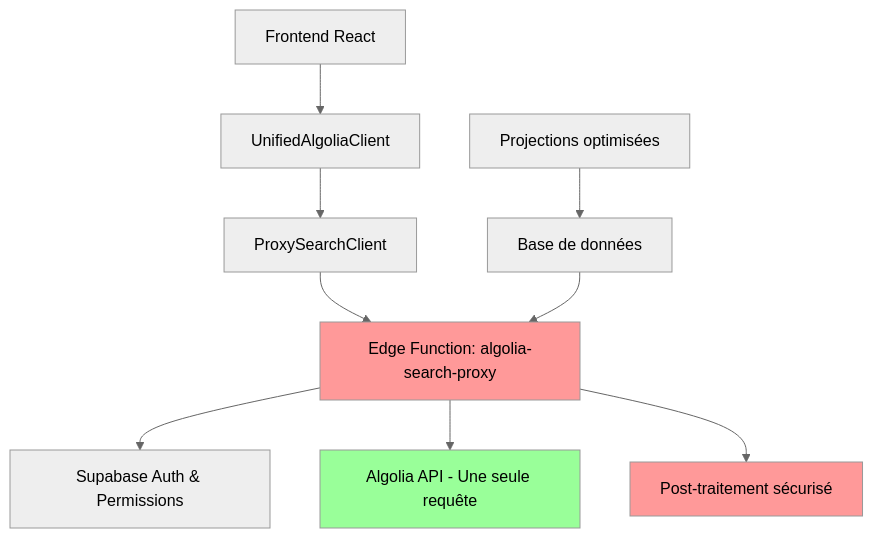
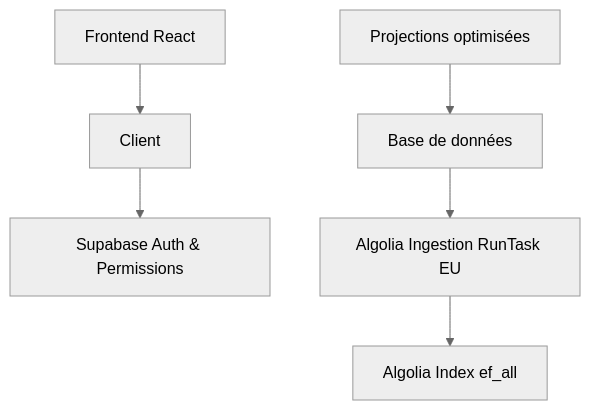
Before and after one commit to axelgirardpro-ship-it/ecodex: the diagram in docs/README.md, drawn with Mermaid (neutral theme). The commit also changed other lines of this file and 26 other files, not shown here.

````diff
--- a/docs/README.md
+++ b/docs/README.md
@@ -88,16 +87,8 @@
 ```mermaid
 graph TD
-    A[Frontend React] --> B[UnifiedAlgoliaClient]
-    B --> C[ProxySearchClient]
-    C --> D[Edge Function: algolia-search-proxy]
-    D --> E[Supabase Auth & Permissions]
-    D --> F[Algolia API - Une seule requête]
-    D --> G[Post-traitement sécurisé]
-    
-    H[Base de données] --> D
+    A[Frontend React] --> B[Client]
+    B --> E[Supabase Auth & Permissions]
+    H[Base de données] --> J[Algolia Ingestion RunTask EU]
     I[Projections optimisées] --> H
-    
-    style D fill:#ff9999
-    style F fill:#99ff99
-    style G fill:#ff9999
+    J --> F[Algolia Index ef_all]
 ```
````
